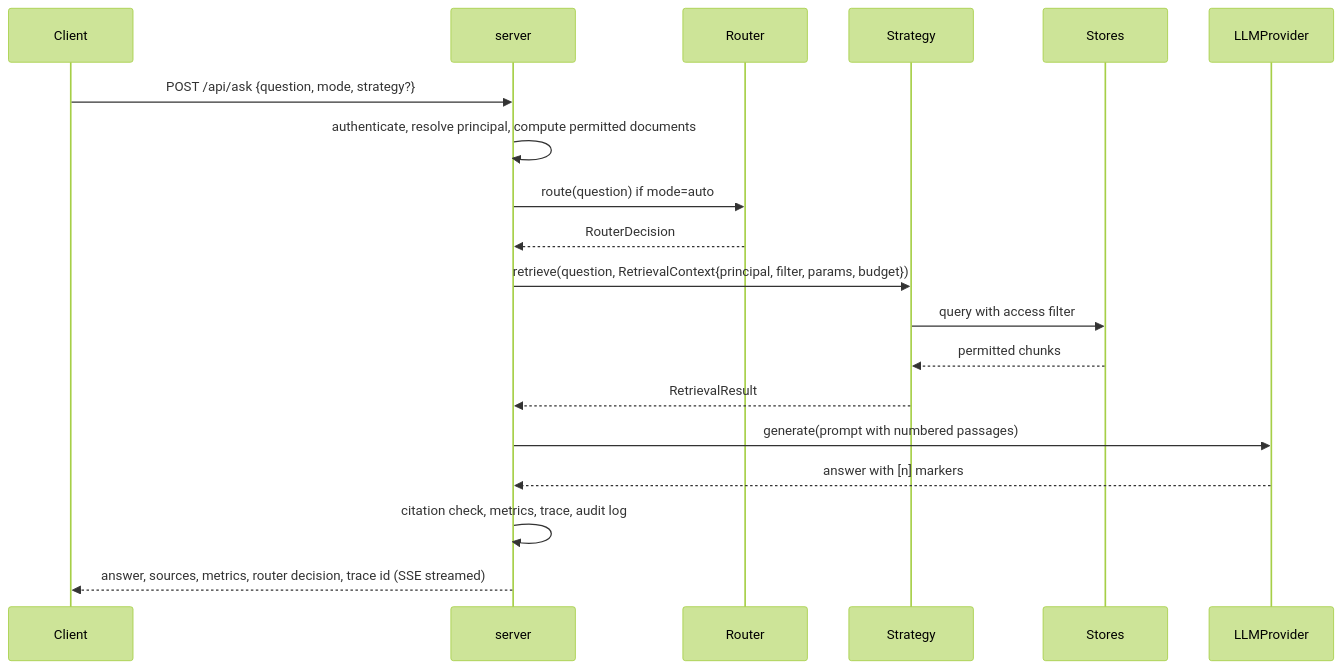
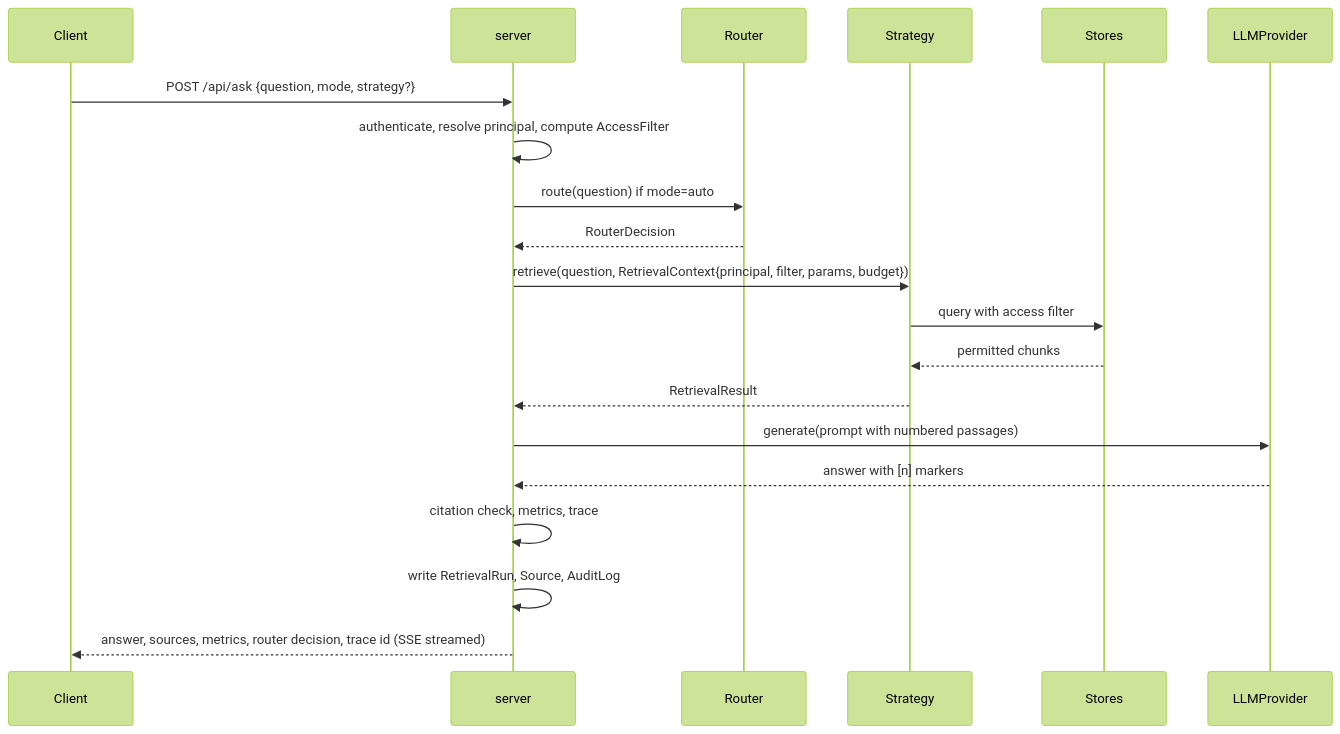
The second of 2 diagrams in docs/architecture.md (ranjan-del/ragfabric), drawn with Mermaid (forest theme) before and after one commit. The commit also changed other lines of this file and 92 other files, not shown here.

````diff
--- a/docs/architecture.md
+++ b/docs/architecture.md
@@ -44,21 +44,22 @@
 ```mermaid
 sequenceDiagram
     participant U as Client
     participant S as server
     participant R as Router
     participant St as Strategy
     participant Store as Stores
     participant L as LLMProvider
     U->>S: POST /api/ask {question, mode, strategy?}
-    S->>S: authenticate, resolve principal, compute permitted documents
+    S->>S: authenticate, resolve principal, compute AccessFilter
     S->>R: route(question) if mode=auto
     R-->>S: RouterDecision
     S->>St: retrieve(question, RetrievalContext{principal, filter, params, budget})
     St->>Store: query with access filter
     Store-->>St: permitted chunks
     St-->>S: RetrievalResult
     S->>L: generate(prompt with numbered passages)
     L-->>S: answer with [n] markers
-    S->>S: citation check, metrics, trace, audit log
+    S->>S: citation check, metrics, trace
+    S->>S: write RetrievalRun, Source, AuditLog
     S-->>U: answer, sources, metrics, router decision, trace id (SSE streamed)
 ```
````
